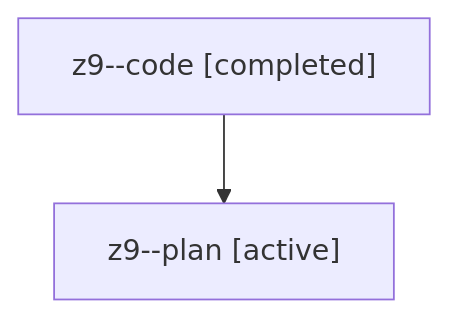
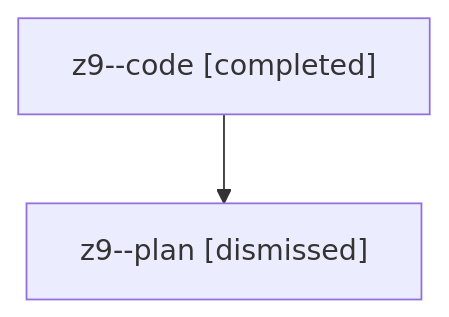
One commit to sase-org/sase--agents changed the diagram in sessions/bbugyi200.athena.z9.md. Above: the diagram before and after it, drawn with Mermaid. The commit also changed other lines of this file and 35 other files, not shown here.

````diff
--- a/sessions/bbugyi200.athena.z9.md
+++ b/sessions/bbugyi200.athena.z9.md
@@ -9,6 +9,6 @@
 ```mermaid
 flowchart TD
   n0["z9--code [completed]"]
-  n1["z9--plan [active]"]
+  n1["z9--plan [dismissed]"]
   n0 --> n1
 ```
````
